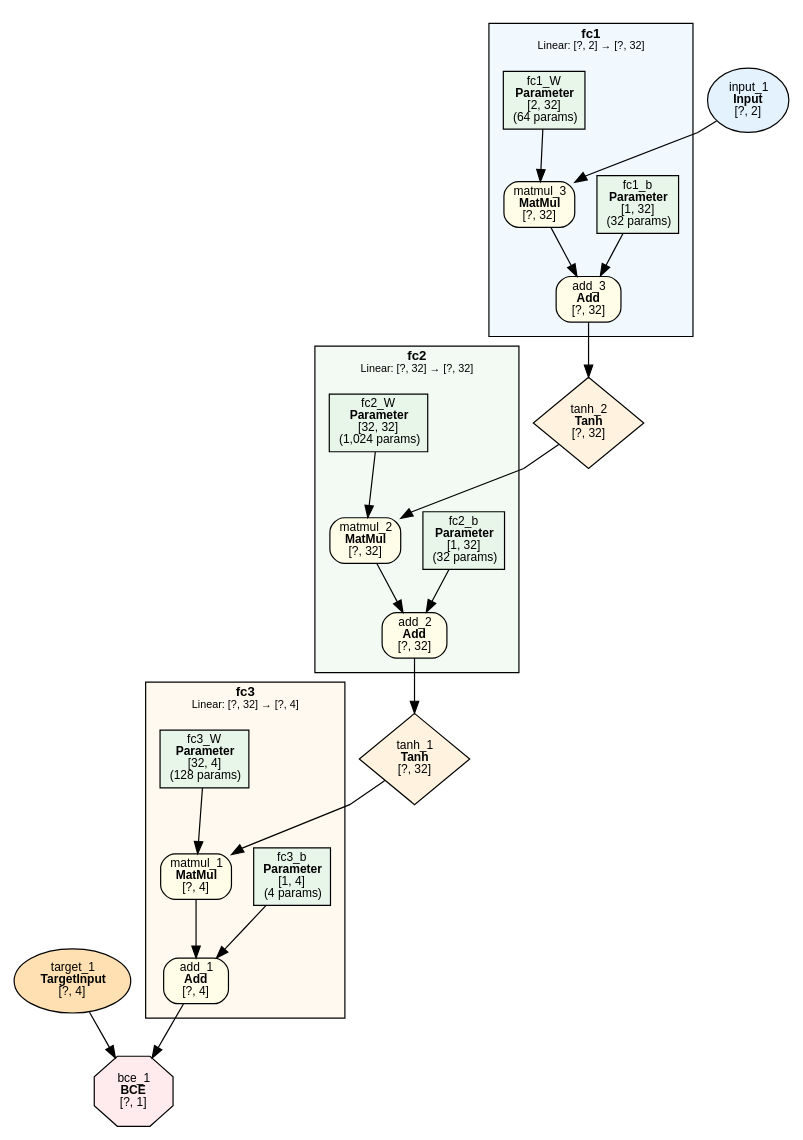
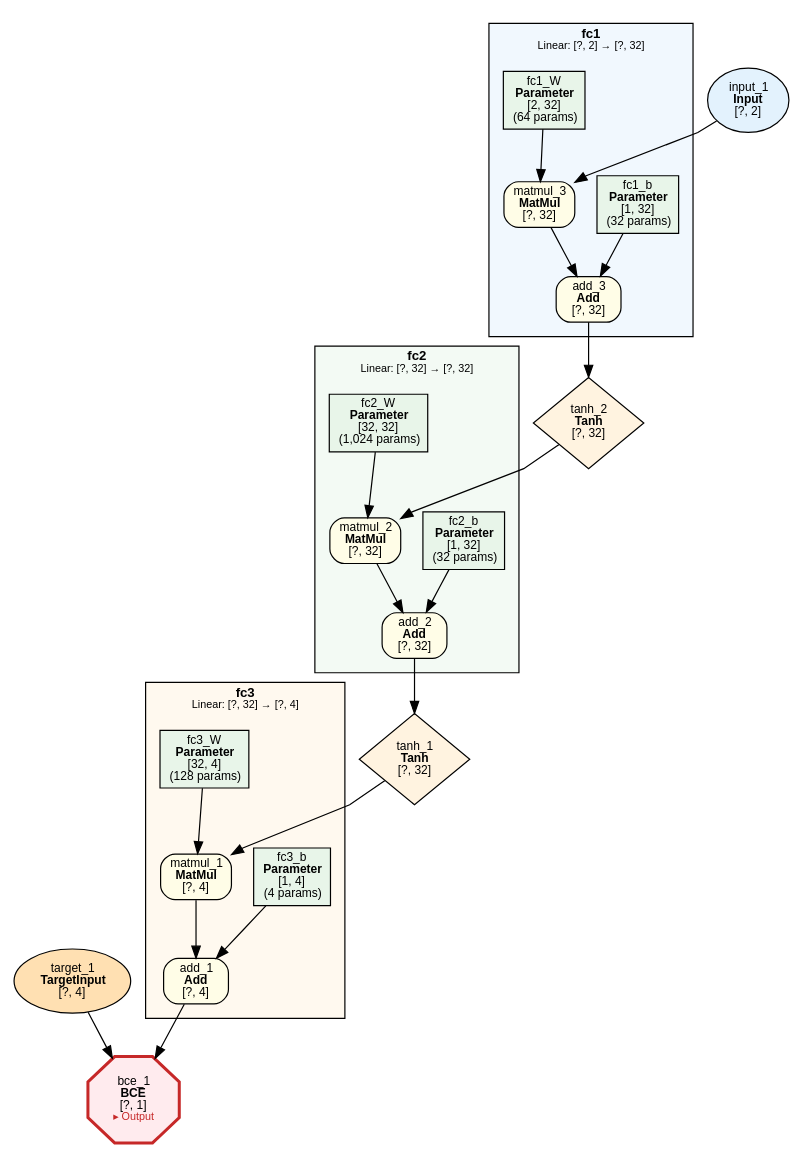
Before and after one commit to dbsxdbsx/only_torch: the diagram in examples/multi_label_point/multi_label_point.dot, drawn with Graphviz. The commit also changed 26 other files, not shown here.

```diff
--- a/examples/multi_label_point/multi_label_point.dot
+++ b/examples/multi_label_point/multi_label_point.dot
@@ -1,69 +1,69 @@
 digraph ComputeGraph {
     rankdir=TB;
     newrank=true;
     splines=polyline;
     node [fontname="Microsoft YaHei,SimHei,Arial"];
     edge [fontname="Microsoft YaHei,SimHei,Arial"];
 
     subgraph cluster_fc1 {
         label=<<B>fc1</B><BR/><FONT POINT-SIZE="9">Linear: [?, 2] → [?, 32]</FONT>>;
         style=filled;
         fillcolor="#E3F2FD80";
         fontname="Microsoft YaHei,SimHei,Arial";
         fontsize=11;
         margin=12;
             "13" [label=<add_3<BR/><B>Add</B><BR/>[?, 32]> shape=box style="filled,rounded" fillcolor="#FFFDE7" fontsize=10];
             "14" [label=<matmul_3<BR/><B>MatMul</B><BR/>[?, 32]> shape=box style="filled,rounded" fillcolor="#FFFDE7" fontsize=10];
             "15" [label=<fc1_b<BR/><B>Parameter</B><BR/>[1, 32]<BR/>(32 params)> shape=box style=filled fillcolor="#E8F5E9" fontsize=10];
             "17" [label=<fc1_W<BR/><B>Parameter</B><BR/>[2, 32]<BR/>(64 params)> shape=box style=filled fillcolor="#E8F5E9" fontsize=10];
     }
 
     subgraph cluster_fc2 {
         label=<<B>fc2</B><BR/><FONT POINT-SIZE="9">Linear: [?, 32] → [?, 32]</FONT>>;
         style=filled;
         fillcolor="#E8F5E980";
         fontname="Microsoft YaHei,SimHei,Arial";
         fontsize=11;
         margin=12;
             "8" [label=<add_2<BR/><B>Add</B><BR/>[?, 32]> shape=box style="filled,rounded" fillcolor="#FFFDE7" fontsize=10];
             "9" [label=<matmul_2<BR/><B>MatMul</B><BR/>[?, 32]> shape=box style="filled,rounded" fillcolor="#FFFDE7" fontsize=10];
             "10" [label=<fc2_b<BR/><B>Parameter</B><BR/>[1, 32]<BR/>(32 params)> shape=box style=filled fillcolor="#E8F5E9" fontsize=10];
             "12" [label=<fc2_W<BR/><B>Parameter</B><BR/>[32, 32]<BR/>(1,024 params)> shape=box style=filled fillcolor="#E8F5E9" fontsize=10];
     }
 
     subgraph cluster_fc3 {
         label=<<B>fc3</B><BR/><FONT POINT-SIZE="9">Linear: [?, 32] → [?, 4]</FONT>>;
         style=filled;
         fillcolor="#FFF3E080";
         fontname="Microsoft YaHei,SimHei,Arial";
         fontsize=11;
         margin=12;
             "2" [label=<add_1<BR/><B>Add</B><BR/>[?, 4]> shape=box style="filled,rounded" fillcolor="#FFFDE7" fontsize=10];
             "4" [label=<matmul_1<BR/><B>MatMul</B><BR/>[?, 4]> shape=box style="filled,rounded" fillcolor="#FFFDE7" fontsize=10];
             "5" [label=<fc3_b<BR/><B>Parameter</B><BR/>[1, 4]<BR/>(4 params)> shape=box style=filled fillcolor="#E8F5E9" fontsize=10];
             "7" [label=<fc3_W<BR/><B>Parameter</B><BR/>[32, 4]<BR/>(128 params)> shape=box style=filled fillcolor="#E8F5E9" fontsize=10];
     }
 
-    "1" [label=<bce_1<BR/><B>BCE</B><BR/>[?, 1]> shape=octagon style=filled fillcolor="#FFEBEE" fontsize=10];
+    "1" [label=<bce_1<BR/><B>BCE</B><BR/>[?, 1]<BR/><FONT COLOR="#C62828" POINT-SIZE="9">▸ Output</FONT>> shape=octagon style=filled fillcolor="#FFEBEE" fontsize=10 penwidth=2.5 color="#C62828"];
     "3" [label=<target_1<BR/><B>TargetInput</B><BR/>[?, 4]> shape=ellipse style=filled fillcolor="#FFE0B2" fontsize=10];
     "6" [label=<tanh_1<BR/><B>Tanh</B><BR/>[?, 32]> shape=diamond style=filled fillcolor="#FFF3E0" fontsize=10];
     "11" [label=<tanh_2<BR/><B>Tanh</B><BR/>[?, 32]> shape=diamond style=filled fillcolor="#FFF3E0" fontsize=10];
     "16" [label=<input_1<BR/><B>Input</B><BR/>[?, 2]> shape=ellipse style=filled fillcolor="#E3F2FD" fontsize=10];
 
     "2" -> "1";
     "3" -> "1";
     "4" -> "2";
     "5" -> "2";
     "6" -> "4";
     "7" -> "4";
     "8" -> "6";
     "9" -> "8";
     "10" -> "8";
     "11" -> "9";
     "12" -> "9";
     "13" -> "11";
     "14" -> "13";
     "15" -> "13";
     "16" -> "14";
     "17" -> "14";
 }
```
